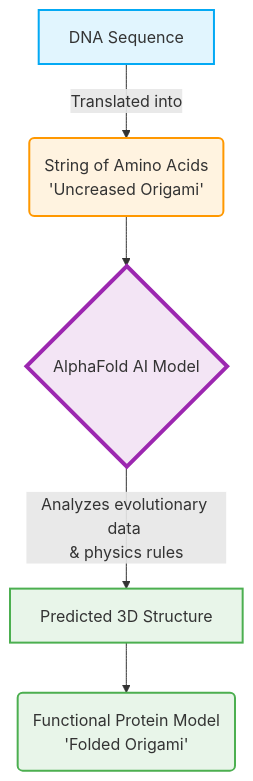
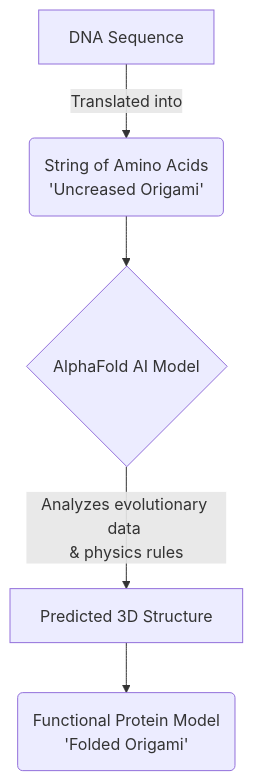
Before and after one commit to vdonthireddy/ai-knowledge-base: the first of 2 diagrams in line19_drug_discovery.md, drawn with Mermaid. The commit also changed 30 other files, not shown here.

Commit message:
chore: Rename files and fix mermaid diagram styles for dark mode compatibility

````diff
--- a/line19_drug_discovery.md
+++ b/line19_drug_discovery.md
@@ -24,13 +24,8 @@
 ```mermaid
 flowchart TD
     A[DNA Sequence] -->|Translated into| B(String of Amino Acids\n'Uncreased Origami')
     B --> C{AlphaFold AI Model}
     C -->|Analyzes evolutionary data \n& physics rules| D[Predicted 3D Structure]
     D --> E(Functional Protein Model\n'Folded Origami')
     
-    style A fill:#e1f5fe,stroke:#03a9f4,stroke-width:2px
-    style B fill:#fff3e0,stroke:#ff9800,stroke-width:2px
-    style C fill:#f3e5f5,stroke:#9c27b0,stroke-width:4px
-    style D fill:#e8f5e9,stroke:#4caf50,stroke-width:2px
-    style E fill:#e8f5e9,stroke:#4caf50,stroke-width:2px
 ```
````
